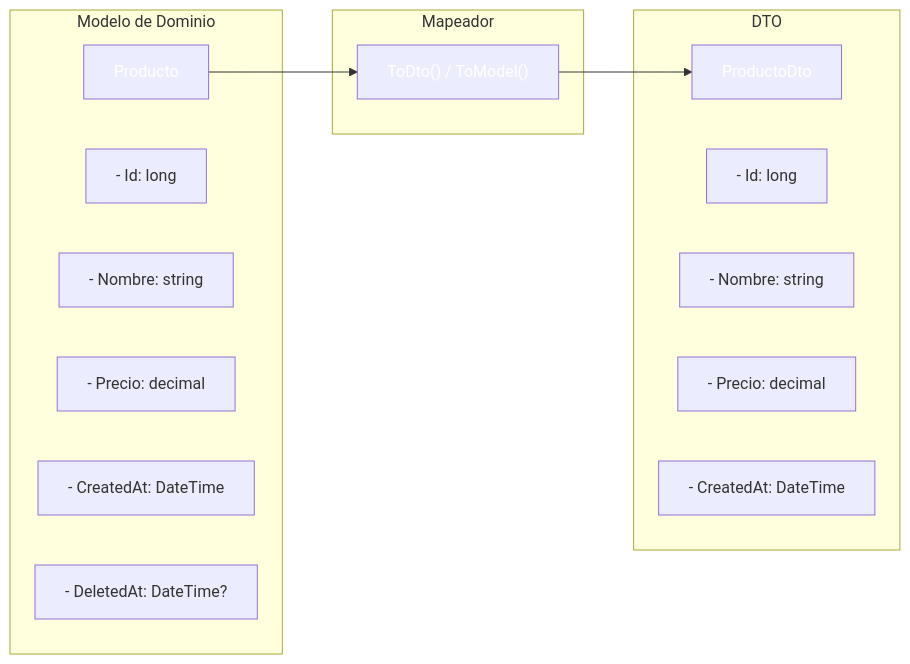
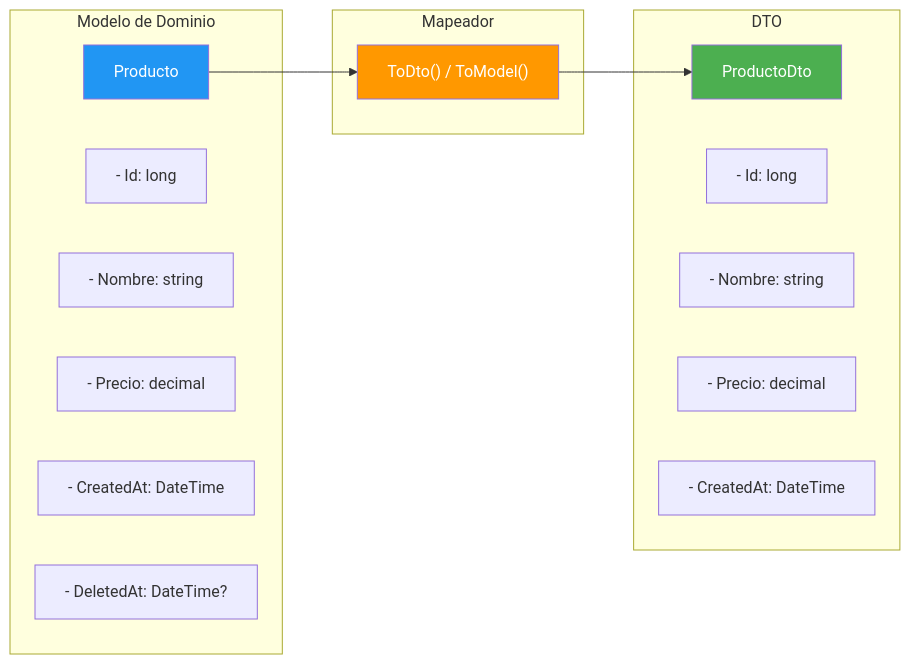
The second of 11 diagrams in 08-dtos-mapeadores-validaciones.md (joseluisgs/DesarrolloWebEntornosServidor-02-2026-2027), drawn with Mermaid before and after one commit. The commit also changed other lines of this file and 29 other files, not shown here.

Commit message:
docs: corregir estilos Mermaid y estilo, quitar referencias a la Tienda y reestructurar los retos 13 y 15

````diff
--- a/08-dtos-mapeadores-validaciones.md
+++ b/08-dtos-mapeadores-validaciones.md
@@ -167,30 +167,30 @@
 ```mermaid
 flowchart LR
     subgraph "Modelo de Dominio"
         M1["Producto"]
         M2["- Id: long"]
         M3["- Nombre: string"]
         M4["- Precio: decimal"]
         M5["- CreatedAt: DateTime"]
         M6["- DeletedAt: DateTime?"]
     end
 
     subgraph "Mapeador"
         MAP["ToDto() / ToModel()"]
     end
 
     subgraph "DTO"
         D1["ProductoDto"]
         D2["- Id: long"]
         D3["- Nombre: string"]
         D4["- Precio: decimal"]
         D5["- CreatedAt: DateTime"]
     end
 
     M1 --> MAP
     MAP --> D1
 
-    style M1 fill:#2196F,color:#fff3,color:#fff
-    style MAP fill:#FF980,color:#fff0,color:#fff
-    style D1 fill:#4CAF5,color:#fff0,color:#fff
+    style M1 fill:#2196F3,color:#fff
+    style MAP fill:#FF9800,color:#fff
+    style D1 fill:#4CAF50,color:#fff
 ```
````
